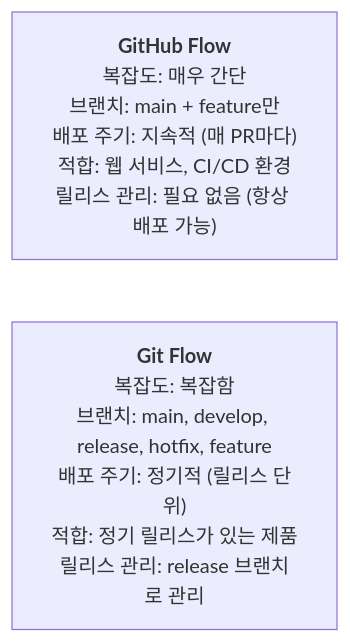
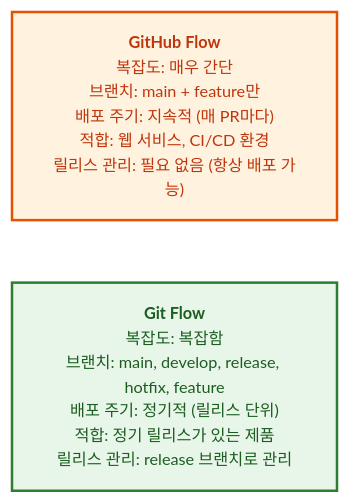
One commit to jingu279/Document changed the second of 2 diagrams in git/06_GitHub/03_GitHub_Flow.md. Above: the diagram before and after it, drawn with Mermaid. The commit also changed other lines of this file and 24 other files, not shown here.

First line of the commit message:
Git 문서 전체 Mermaid 다이어그램 스타일링 통일

````diff
--- a/git/06_GitHub/03_GitHub_Flow.md
+++ b/git/06_GitHub/03_GitHub_Flow.md
@@ -136,5 +142,11 @@
 ```mermaid
+%%{init: {'theme': 'base', 'themeVariables': {'fontSize': '13px'}}}%%
 flowchart LR
-  GitHubFlow["<b>GitHub Flow</b><br/>복잡도: 매우 간단<br/>브랜치: main + feature만<br/>배포 주기: 지속적 (매 PR마다)<br/>적합: 웹 서비스, CI/CD 환경<br/>릴리스 관리: 필요 없음 (항상 배포 가능)"]
-  GitFlow["<b>Git Flow</b><br/>복잡도: 복잡함<br/>브랜치: main, develop, release, hotfix, feature<br/>배포 주기: 정기적 (릴리스 단위)<br/>적합: 정기 릴리스가 있는 제품<br/>릴리스 관리: release 브랜치로 관리"]
+  classDef main fill:#fff3e0,stroke:#e65100,stroke-width:2px,color:#bf360c
+  classDef sub fill:#e8f5e9,stroke:#2e7d32,stroke-width:2px,color:#1b5e20
+  classDef proc fill:#e3f2fd,stroke:#1565c0,stroke-width:2px,color:#0d47a1
+  classDef decision fill:#fff9c4,stroke:#f9a825,stroke-width:2px,color:#e65100
+  classDef highlight fill:#f3e5f5,stroke:#6a1b9a,stroke-width:2px,color:#4a148c
+  GitHubFlow["<b>GitHub Flow</b><br/>복잡도: 매우 간단<br/>브랜치: main + feature만<br/>배포 주기: 지속적 (매 PR마다)<br/>적합: 웹 서비스, CI/CD 환경<br/>릴리스 관리: 필요 없음 (항상 배포 가능)"]:::main
+  GitFlow["<b>Git Flow</b><br/>복잡도: 복잡함<br/>브랜치: main, develop, release, hotfix, feature<br/>배포 주기: 정기적 (릴리스 단위)<br/>적합: 정기 릴리스가 있는 제품<br/>릴리스 관리: release 브랜치로 관리"]:::sub
 ```
````
